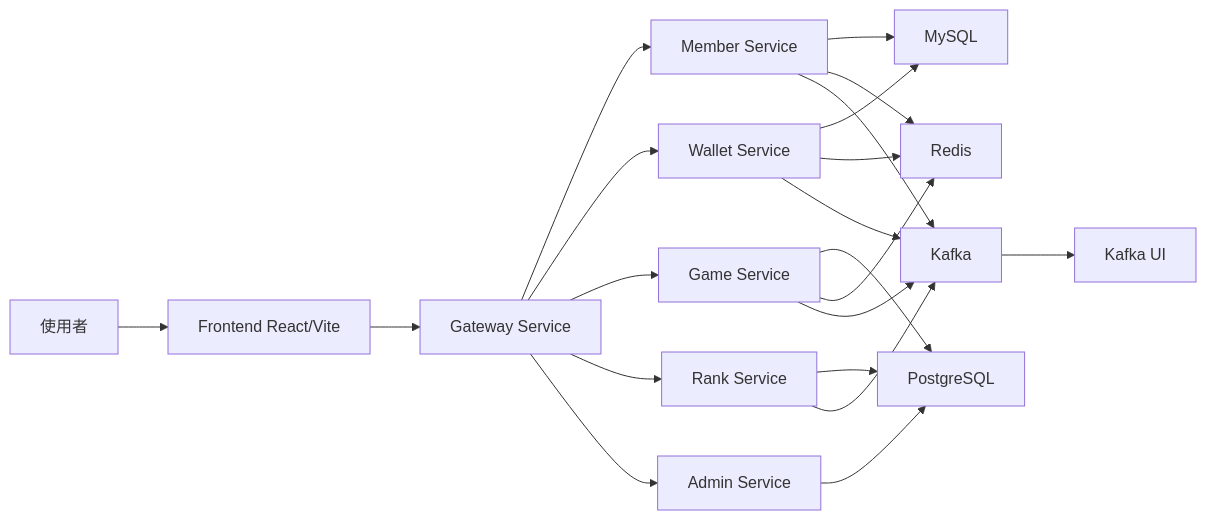
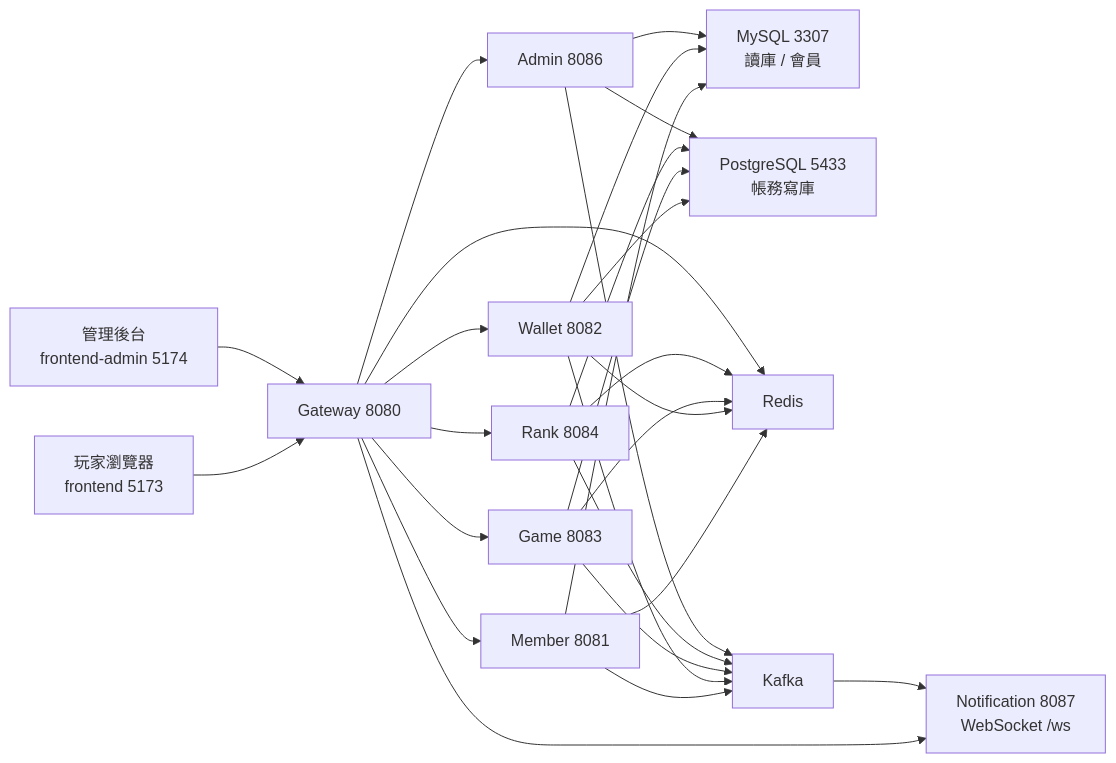
The diagram in docs/PROJECT_BASE_EXPLANATION.md (opitt2029/Lucky_Star_Casino), drawn with Mermaid before and after one commit. The commit also changed other lines of this file and 34 other files, not shown here.

````diff
--- a/docs/PROJECT_BASE_EXPLANATION.md
+++ b/docs/PROJECT_BASE_EXPLANATION.md
@@ -22,26 +26,33 @@
 ```mermaid
 flowchart LR
-    user["使用者"] --> frontend["Frontend React/Vite"]
-    frontend --> gateway["Gateway Service"]
-    gateway --> member["Member Service"]
-    gateway --> wallet["Wallet Service"]
-    gateway --> game["Game Service"]
-    gateway --> rank["Rank Service"]
-    gateway --> admin["Admin Service"]
+    player["玩家瀏覽器<br/>frontend 5173"] --> gateway["Gateway 8080"]
+    admin_ui["管理後台<br/>frontend-admin 5174"] --> gateway
 
-    member --> mysql["MySQL"]
+    gateway --> member["Member 8081"]
+    gateway --> wallet["Wallet 8082"]
+    gateway --> game["Game 8083"]
+    gateway --> rank["Rank 8084"]
+    gateway --> admin["Admin 8086"]
+    gateway --> notif["Notification 8087<br/>WebSocket /ws"]
+
+    member --> mysql["MySQL 3307<br/>讀庫 / 會員"]
+    wallet --> postgres["PostgreSQL 5433<br/>帳務寫庫"]
     wallet --> mysql
-    game --> postgres["PostgreSQL"]
+    game --> postgres
     rank --> postgres
+    admin --> mysql
     admin --> postgres
 
     member --> redis["Redis"]
     wallet --> redis
     game --> redis
+    rank --> redis
+    gateway --> redis
 
     member --> kafka["Kafka"]
     wallet --> kafka
     game --> kafka
     rank --> kafka
-    kafka --> kafkaUi["Kafka UI"]
+    admin --> kafka
+    kafka --> notif
 ```
````
